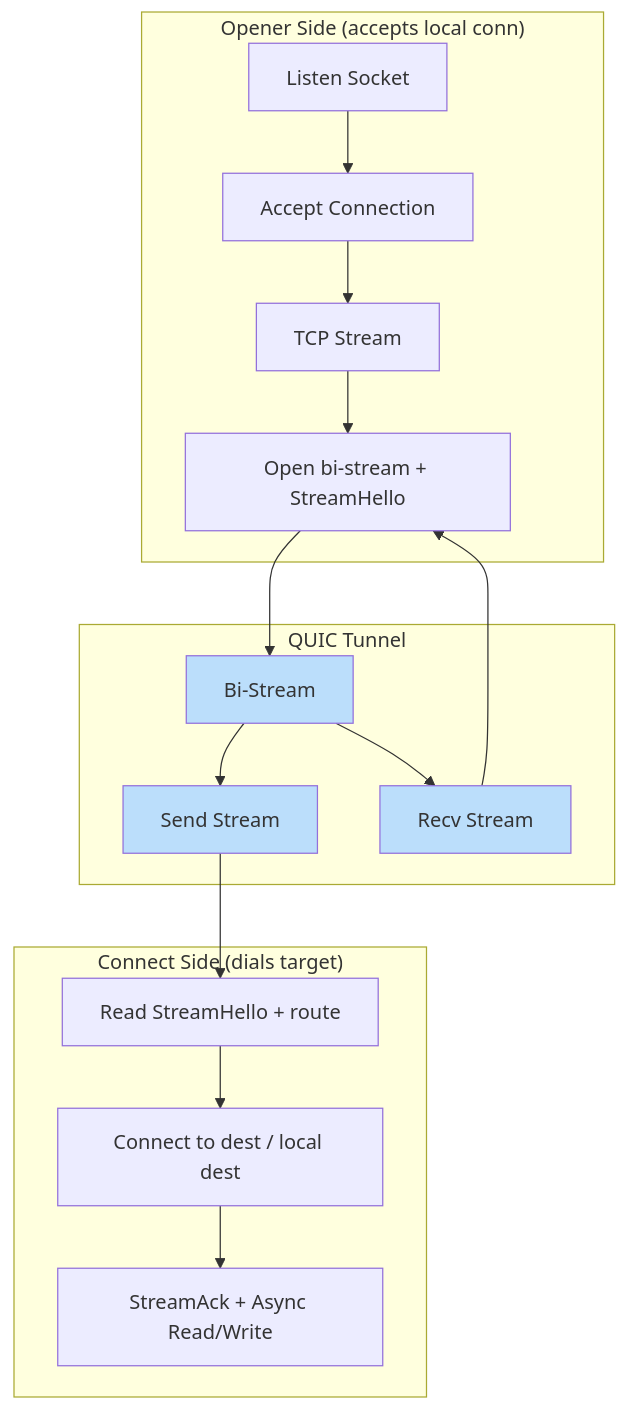
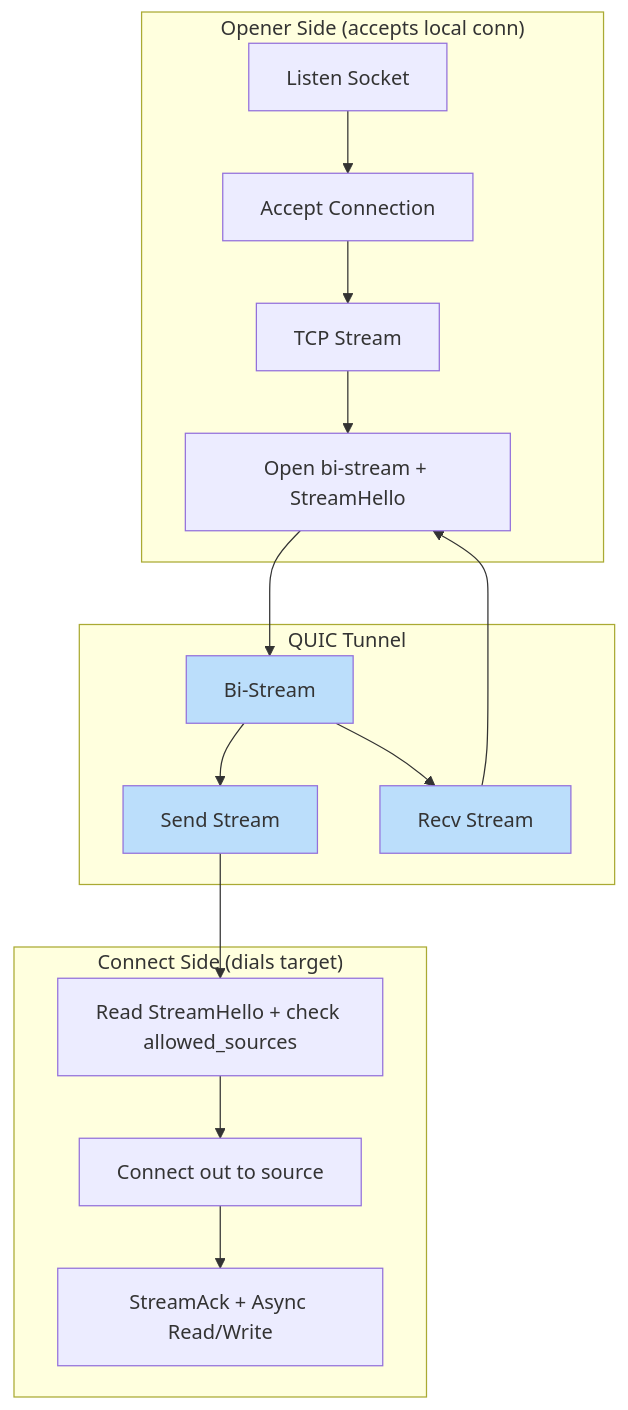
Before and after one commit to andrewtheguy/duopipe: diagram 20 of 24 in docs/ARCHITECTURE.md, drawn with Mermaid. The commit also changed other lines of this file and 2 other files, not shown here.

Commit message:
refactor: update terminology from 'local/remote forwards' to 'requested tunnels' in documentation

````diff
--- a/docs/ARCHITECTURE.md
+++ b/docs/ARCHITECTURE.md
@@ -719,33 +719,33 @@
 ```mermaid
 graph TB
     subgraph "Opener Side (accepts local conn)"
         A[Listen Socket] --> B[Accept Connection]
         B --> C[TCP Stream]
         C --> D[Open bi-stream + StreamHello]
     end
 
     subgraph "QUIC Tunnel"
         E[Bi-Stream]
         F[Send Stream]
         G[Recv Stream]
     end
 
     subgraph "Connect Side (dials target)"
-        H[Read StreamHello + route]
-        I[Connect to dest / local dest]
+        H[Read StreamHello + check allowed_sources]
+        I[Connect out to source]
         J[StreamAck + Async Read/Write]
     end
     
     D --> E
     E --> F
     E --> G
     
     F --> H
     H --> I
     I --> J
     G --> D
     
     style E fill:#BBDEFB
     style F fill:#BBDEFB
     style G fill:#BBDEFB
 ```
````
